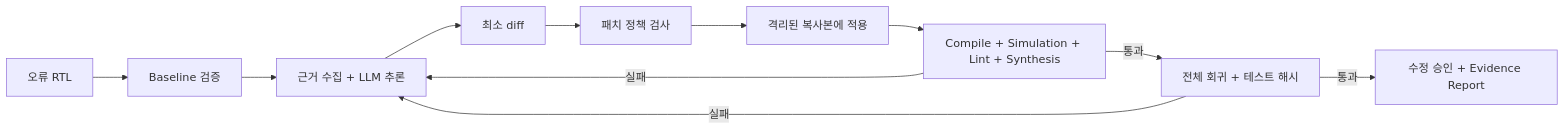
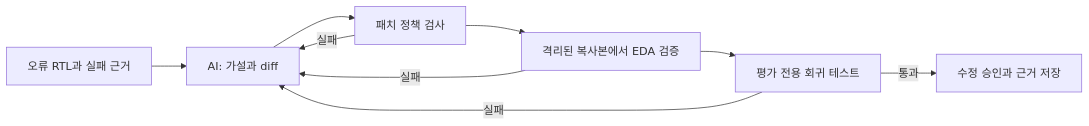
The diagram in README.md (CodingBot000/semidebug_agent), drawn with Mermaid before and after one commit. The commit also changed other lines of this file and 522 other files, not shown here.

````diff
--- a/README.md
+++ b/README.md
@@ -19,13 +5,11 @@
 ```mermaid
 flowchart LR
-    A[오류 RTL] --> B[Baseline 검증]
-    B --> C[근거 수집 + LLM 추론]
-    C --> D[최소 diff]
-    D --> E[패치 정책 검사]
-    E --> F[격리된 복사본에 적용]
-    F --> G[Compile + Simulation + Lint + Synthesis]
-    G -->|실패| C
-    G -->|통과| H[전체 회귀 + 테스트 해시]
-    H -->|통과| I[수정 승인 + Evidence Report]
-    H -->|실패| C
+    A[오류 RTL과 실패 근거] --> B[AI: 가설과 diff]
+    B --> C[패치 정책 검사]
+    C --> D[격리된 복사본에서 EDA 검증]
+    D --> E[평가 전용 회귀 테스트]
+    E -->|통과| F[수정 승인과 근거 저장]
+    C -->|실패| B
+    D -->|실패| B
+    E -->|실패| B
 ```
````
